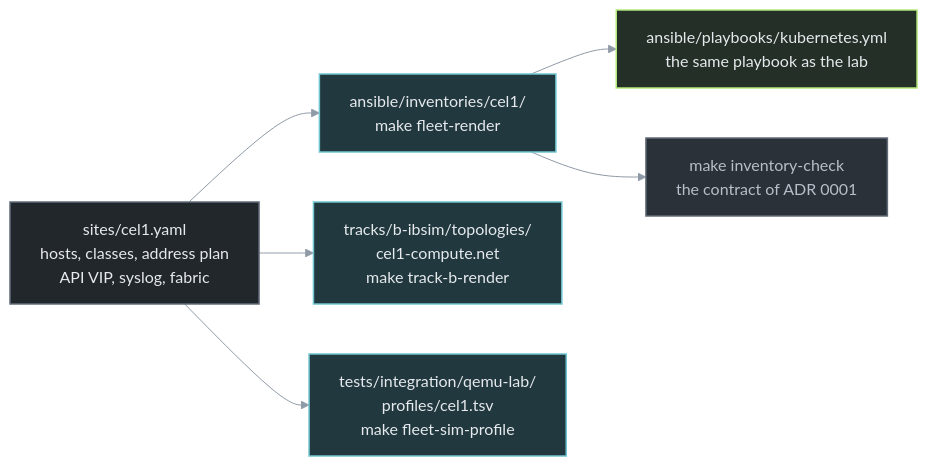
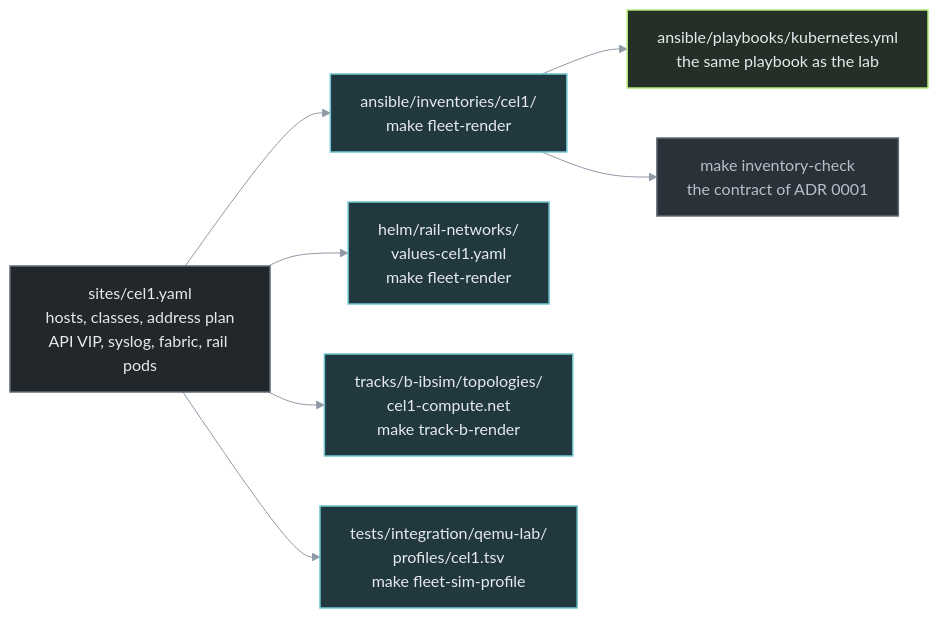
One commit to ziwon/rdma-fabric-lab changed the diagram in .site/src/content/docs/repository/cel1-site-model.mdx. Above: the diagram before and after it, drawn with Mermaid. The commit also changed other lines of this file and 34 other files, not shown here.

First line of the commit message:
feat(fleet): render and validate the cel1 rail networks offline (#15)

````diff
--- a/.site/src/content/docs/repository/cel1-site-model.mdx
+++ b/.site/src/content/docs/repository/cel1-site-model.mdx
@@ -14,18 +14,19 @@
 ```mermaid
 %%{init: {"theme": "base", "themeVariables": {"background": "#1b1f23", "primaryColor": "#22272c", "primaryTextColor": "#e6e9ed", "primaryBorderColor": "#616c78", "lineColor": "#8f9aa7", "edgeLabelBackground": "#1b1f23", "fontFamily": "DM Sans, Inter, Arial, sans-serif"}}}%%
 flowchart LR
-    S[sites/cel1.yaml<br/>hosts, classes, address plan<br/>API VIP, syslog, fabric] --> I[ansible/inventories/cel1/<br/>make fleet-render]
+    S[sites/cel1.yaml<br/>hosts, classes, address plan<br/>API VIP, syslog, fabric, rail pods] --> I[ansible/inventories/cel1/<br/>make fleet-render]
+    S --> R[helm/rail-networks/<br/>values-cel1.yaml<br/>make fleet-render]
     S --> N[tracks/b-ibsim/topologies/<br/>cel1-compute.net<br/>make track-b-render]
     S --> P[tests/integration/qemu-lab/<br/>profiles/cel1.tsv<br/>make fleet-sim-profile]
     I --> K[ansible/playbooks/kubernetes.yml<br/>the same playbook as the lab]
     I --> C[make inventory-check<br/>the contract of ADR 0001]
 
     classDef primary fill:#22272c,stroke:#616c78,color:#e6e9ed,stroke-width:1.5px;
     classDef secondary fill:#21393e,stroke:#70c5d0,color:#e6e9ed,stroke-width:1.5px;
     classDef note fill:#2b3138,stroke:#616c78,color:#b6bfc9,stroke-width:1.5px;
     classDef accent fill:#243027,stroke:#b2e879,color:#e6e9ed,stroke-width:1.5px;
     class S primary
-    class I,N,P secondary
+    class I,N,P,R secondary
     class K accent
     class C note
 ```
````
